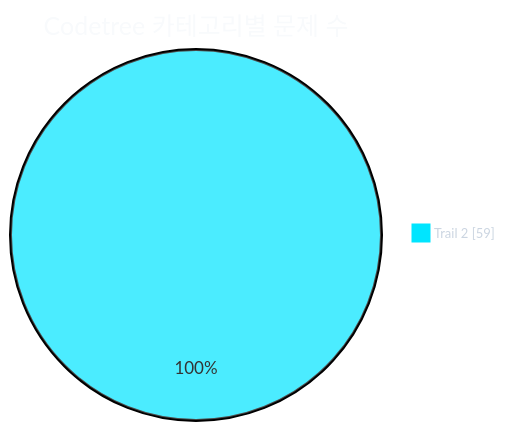
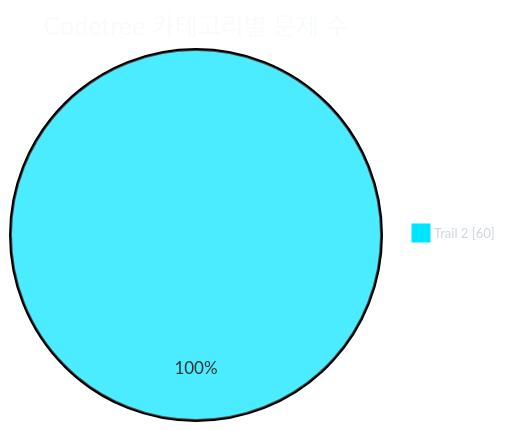
One commit to CHOOSLA/Algorithm changed the first of 2 diagrams in readme.md. Above: the diagram before and after it, drawn with Mermaid. The commit also changed other lines of this file and 2 other files, not shown here.

````diff
--- a/readme.md
+++ b/readme.md
@@ -31,21 +31,21 @@
 ```mermaid
 ---
 config:
   theme: base
   themeVariables:
     background: '#0d1117'
     pieTitleTextColor: '#f8fafc'
     pieLegendTextColor: '#cbd5e1'
     pieLegendTextSize: '13px'
     pie1: '#00e5ff'
     pie2: '#22c55e'
     pie3: '#f59e0b'
     pie4: '#a855f7'
     pie5: '#ec4899'
     pie6: '#3b82f6'
     pie7: '#64748b'
 ---
 pie showData
   title Codetree 카테고리별 문제 수
-  "Trail 2" : 59
+  "Trail 2" : 60
 ```
````
